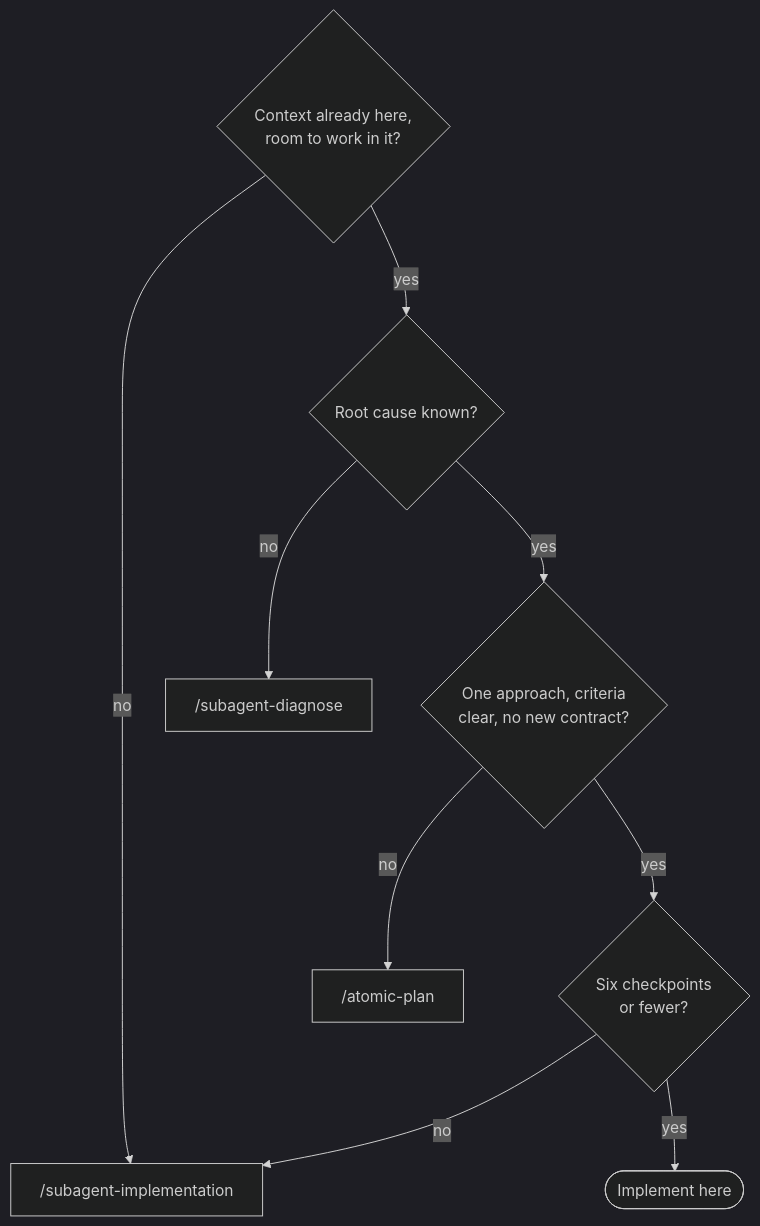
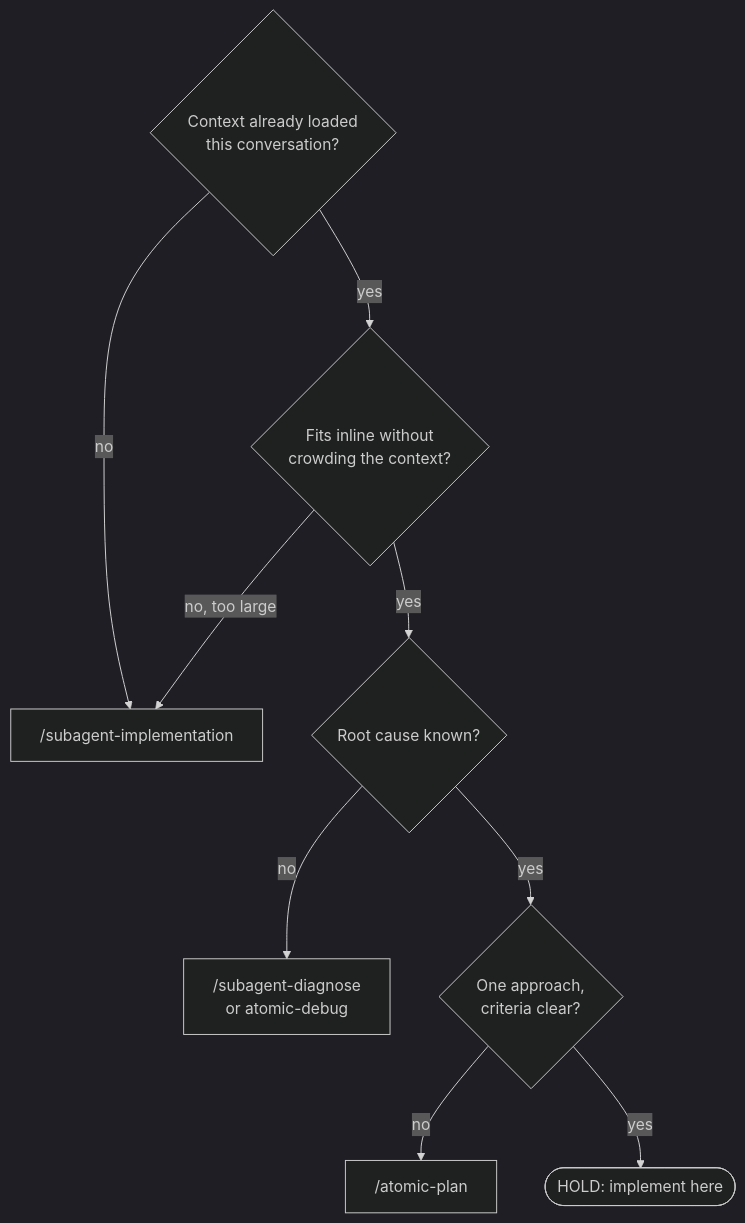
One commit to damusix/atomic-claude changed the third of 12 diagrams in docs/wiki/workflow.md. Above: the diagram before and after it, drawn with Mermaid (dark theme). The commit also changed other lines of this file and 795 other files, not shown here.

````diff
--- a/docs/wiki/workflow.md
+++ b/docs/wiki/workflow.md
@@ -116,12 +95,11 @@
 ```mermaid
 flowchart TD
-    %% source: context/commands/implement.md, context/_partials/handoff.md
-    Q1{"Context already here,<br/>room to work in it?"} -->|no| SI["/subagent-implementation"]
-    Q1 -->|yes| Q2{"Root cause known?"}
-    Q2 -->|no| SD["/subagent-diagnose"]
-    Q2 -->|yes| Q3{"One approach, criteria<br/>clear, no new contract?"}
-    Q3 -->|no| AP["/atomic-plan"]
-    Q3 -->|yes| Q4{"Six checkpoints<br/>or fewer?"}
-    Q4 -->|no| SI
-    Q4 -->|yes| HOLD(["Implement here"])
+    Q1{"Context already loaded<br/>this conversation?"} -->|no| SI["/subagent-implementation"]
+    Q1 -->|yes| Q2{"Fits inline without<br/>crowding the context?"}
+    Q2 -->|no, too large| SI
+    Q2 -->|yes| Q3{"Root cause known?"}
+    Q3 -->|no| SD["/subagent-diagnose<br/>or atomic-debug"]
+    Q3 -->|yes| Q4{"One approach,<br/>criteria clear?"}
+    Q4 -->|no| AP["/atomic-plan"]
+    Q4 -->|yes| HOLD(["HOLD: implement here"])
 ```
````
